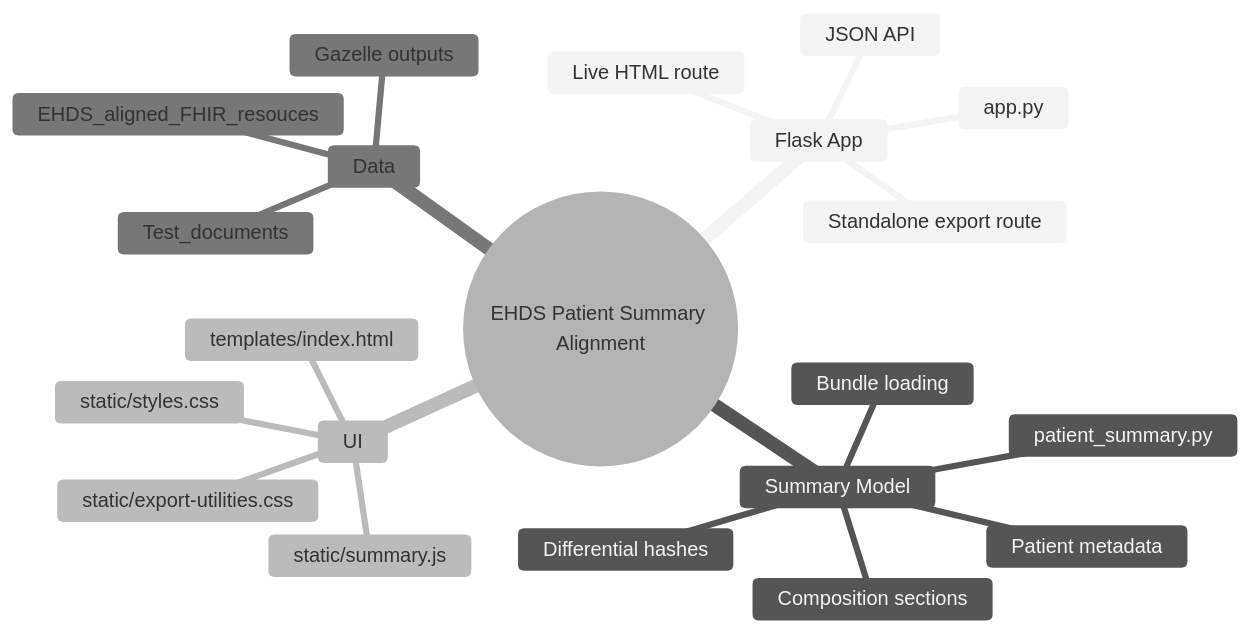
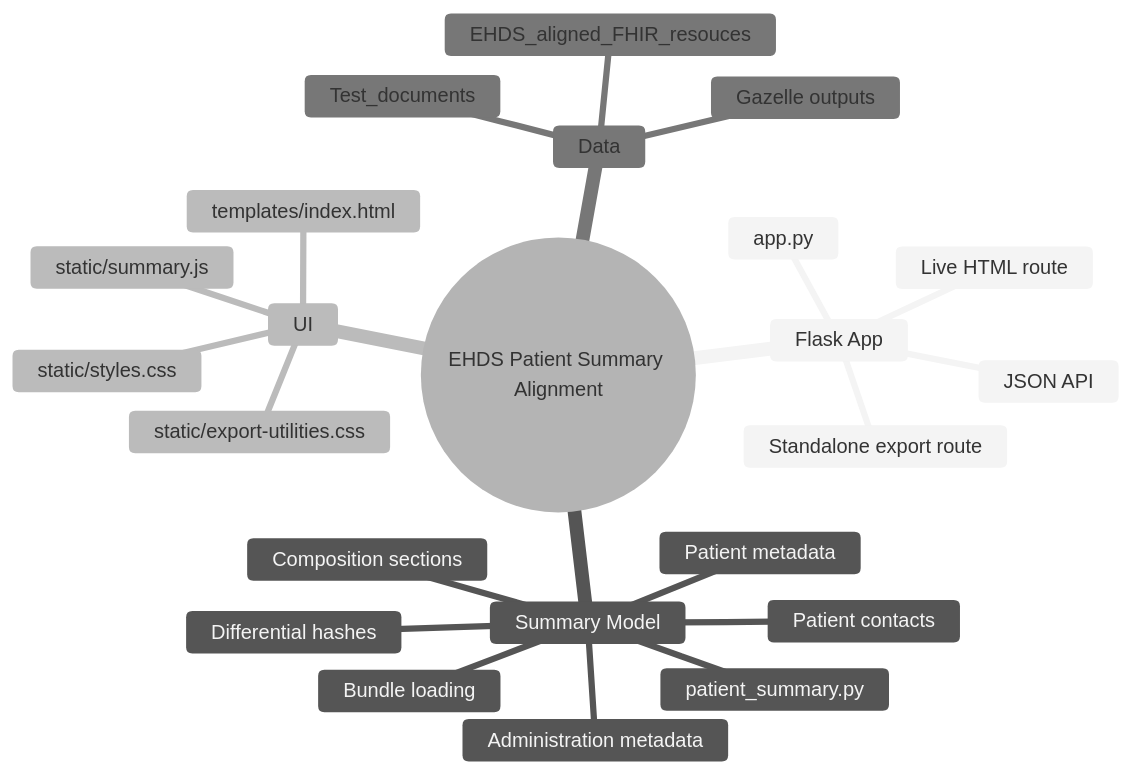
Before and after one commit to ddeveloper72/ehds-patient-summary-alignment: the third of 3 diagrams in README.md, drawn with Mermaid (neutral theme). The commit also changed other lines of this file and 5 other files, not shown here.

````diff
--- a/README.md
+++ b/README.md
@@ -88,24 +100,26 @@
 ```mermaid
 mindmap
   root((EHDS Patient Summary Alignment))
     Flask App
       app.py
       Live HTML route
       JSON API
       Standalone export route
     Summary Model
       patient_summary.py
       Bundle loading
       Composition sections
       Patient metadata
+      Patient contacts
+      Administration metadata
       Differential hashes
     UI
       templates/index.html
       static/styles.css
       static/summary.js
       static/export-utilities.css
     Data
       Test_documents
       EHDS_aligned_FHIR_resouces
       Gazelle outputs
 ```
````
